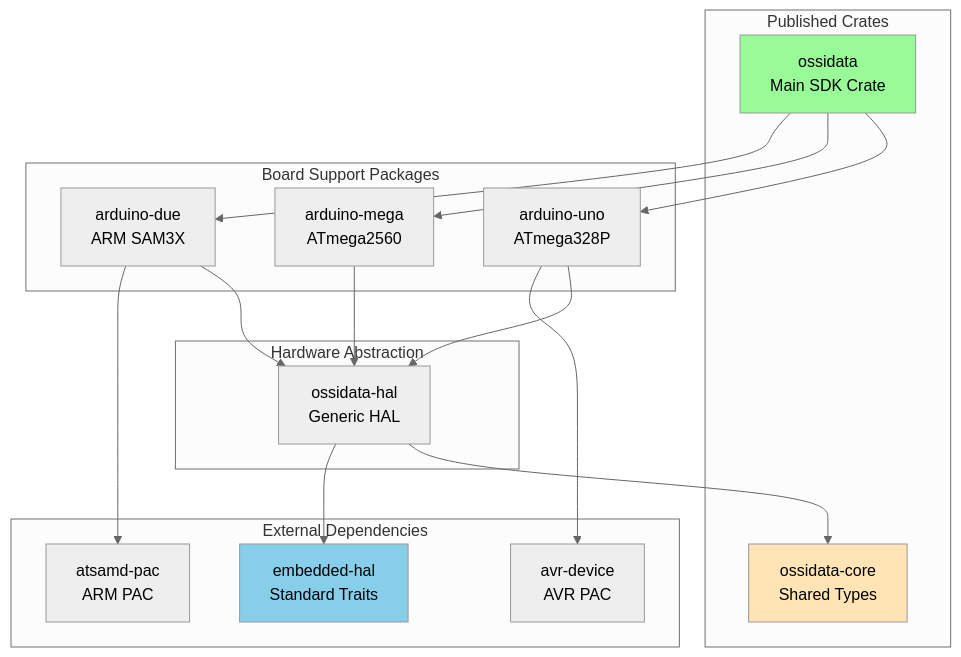
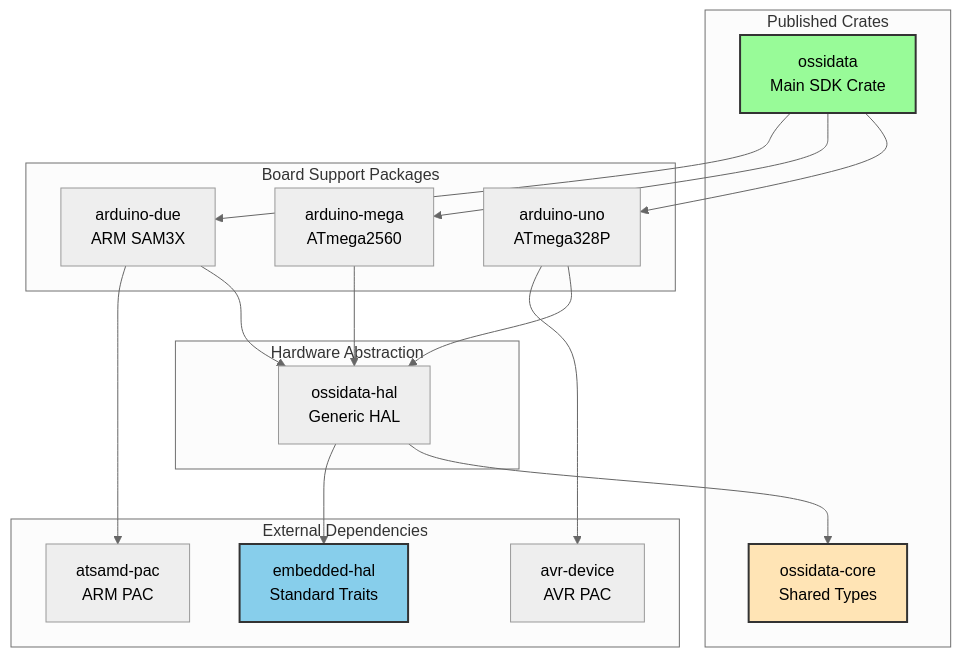
The second of 11 diagrams in docs/ARCHITECTURE.md (ScopeCreep-zip/ossidata), drawn with Mermaid (neutral theme) before and after one commit. The commit also changed other lines of this file and 4 other files, not shown here.

Commit message:
Update to mermaid diagrams to be more readable

````diff
--- a/docs/ARCHITECTURE.md
+++ b/docs/ARCHITECTURE.md
@@ -174,38 +174,38 @@
 ```mermaid
 graph TD
     subgraph "Published Crates"
         A[ossidata<br/>Main SDK Crate]
         B[ossidata-core<br/>Shared Types]
     end
 
     subgraph "Board Support Packages"
         C[arduino-uno<br/>ATmega328P]
         D[arduino-mega<br/>ATmega2560]
         E[arduino-due<br/>ARM SAM3X]
     end
 
     subgraph "Hardware Abstraction"
         F[ossidata-hal<br/>Generic HAL]
     end
 
     subgraph "External Dependencies"
         G[avr-device<br/>AVR PAC]
         H[atsamd-pac<br/>ARM PAC]
         I[embedded-hal<br/>Standard Traits]
     end
 
     A --> C
     A --> D
     A --> E
     C --> F
     D --> F
     E --> F
     F --> B
     F --> I
     C --> G
     E --> H
 
-    style A fill:#98FB98
-    style B fill:#FFE4B5
-    style I fill:#87CEEB
+    style A fill:#98FB98,stroke:#333,stroke-width:2px,color:#000
+    style B fill:#FFE4B5,stroke:#333,stroke-width:2px,color:#000
+    style I fill:#87CEEB,stroke:#333,stroke-width:2px,color:#000
 ```
````
